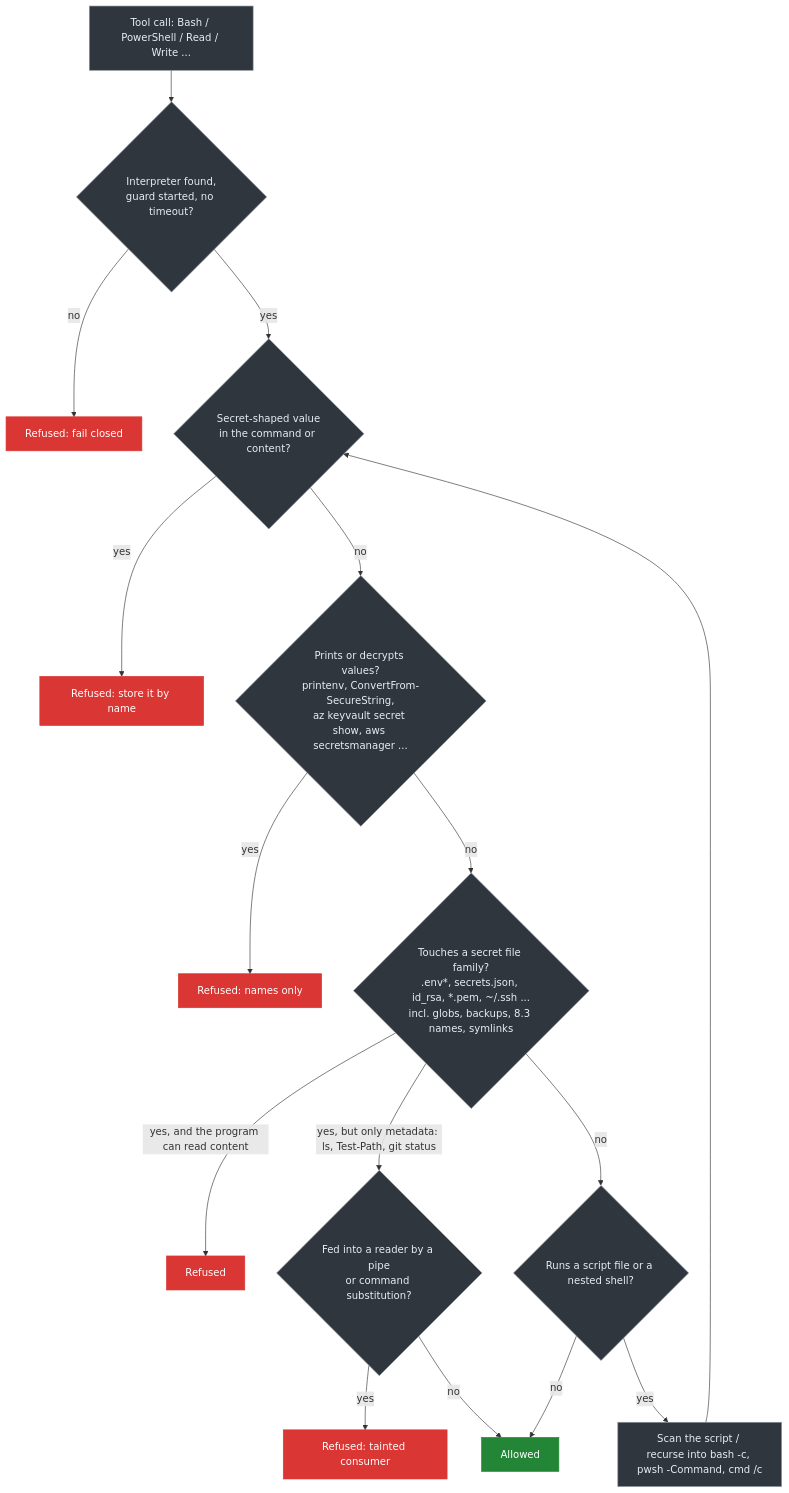
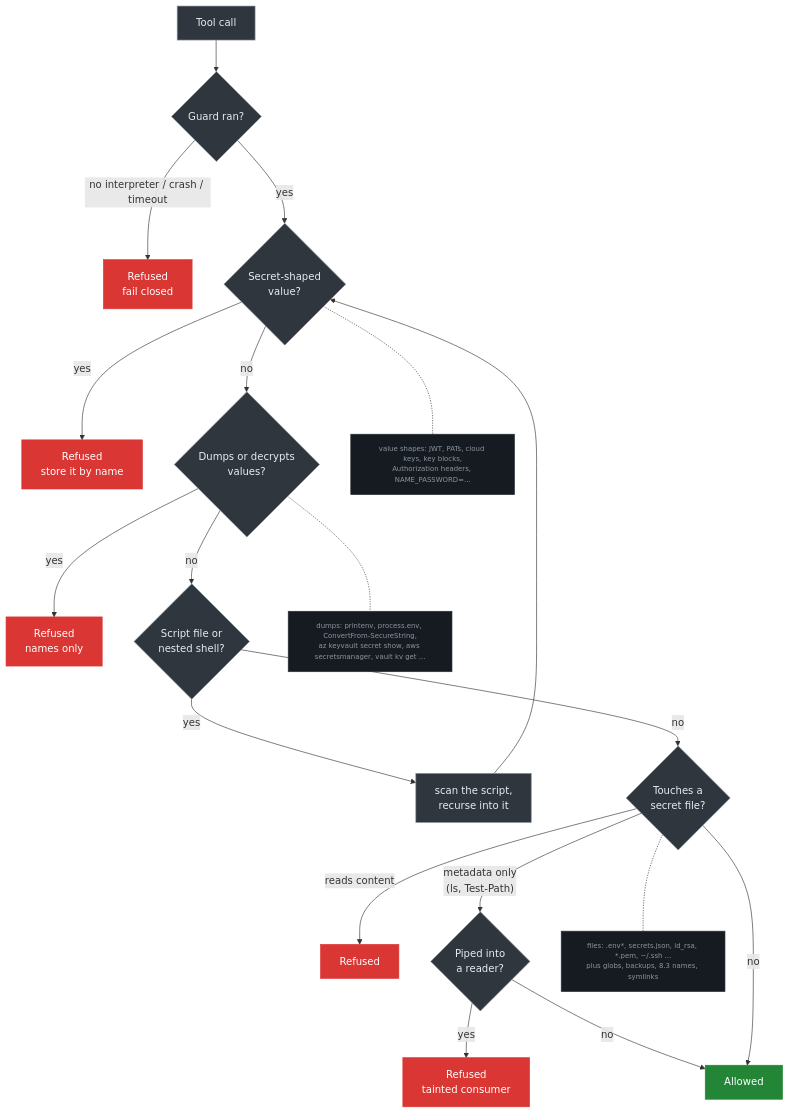
The third of 5 diagrams in README.md (rankinbc/Secret-Courier-Claude), drawn with Mermaid before and after one commit.

Commit message:
docs: compact guard flowchart (short decisions, detail in side notes)

````diff
--- a/README.md
+++ b/README.md
@@ -125,21 +125,29 @@
 ```mermaid
 flowchart TD
     classDef block fill:#da3633,stroke:#da3633,color:#fff
     classDef allow fill:#238636,stroke:#238636,color:#fff
     classDef step fill:#30363d,stroke:#8b949e,color:#e6edf3
 
-    A["Tool call: Bash / PowerShell / Read / Write ..."]:::step --> B{"Interpreter found,<br/>guard started, no timeout?"}:::step
-    B -- no --> X1["Refused: fail closed"]:::block
-    B -- yes --> C{"Secret-shaped value<br/>in the command or content?"}:::step
-    C -- yes --> X2["Refused: store it by name"]:::block
-    C -- no --> D{"Prints or decrypts values?<br/>printenv, ConvertFrom-SecureString,<br/>az keyvault secret show, aws secretsmanager ..."}:::step
-    D -- yes --> X3["Refused: names only"]:::block
-    D -- no --> E{"Touches a secret file family?<br/>.env*, secrets.json, id_rsa, *.pem, ~/.ssh ...<br/>incl. globs, backups, 8.3 names, symlinks"}:::step
-    E -- "yes, and the program can read content" --> X4["Refused"]:::block
-    E -- "yes, but only metadata: ls, Test-Path, git status" --> F{"Fed into a reader by a pipe<br/>or command substitution?"}:::step
-    F -- yes --> X5["Refused: tainted consumer"]:::block
+    A["Tool call"]:::step --> B{"Guard ran?"}:::step
+    B -- "no interpreter / crash / timeout" --> X1["Refused<br/>fail closed"]:::block
+    B -- yes --> C{"Secret-shaped<br/>value?"}:::step
+    C -- yes --> X2["Refused<br/>store it by name"]:::block
+    C -- no --> D{"Dumps or decrypts<br/>values?"}:::step
+    D -- yes --> X3["Refused<br/>names only"]:::block
+    D -- no --> G{"Script file or<br/>nested shell?"}:::step
+    G -- yes --> H["scan the script,<br/>recurse into it"]:::step --> C
+    G -- no --> E{"Touches a<br/>secret file?"}:::step
+    E -- "reads content" --> X4["Refused"]:::block
+    E -- "metadata only<br/>(ls, Test-Path)" --> F{"Piped into<br/>a reader?"}:::step
+    F -- yes --> X5["Refused<br/>tainted consumer"]:::block
     F -- no --> OK["Allowed"]:::allow
-    E -- no --> G{"Runs a script file or a nested shell?"}:::step
-    G -- yes --> H["Scan the script / recurse into bash -c, pwsh -Command, cmd /c"]:::step --> C
-    G -- no --> OK
+    E -- no --> OK
+
+    N1["value shapes: JWT, PATs, cloud keys, key blocks,<br/>Authorization headers, NAME_PASSWORD=..."]:::note
+    N2["dumps: printenv, process.env, ConvertFrom-SecureString,<br/>az keyvault secret show, aws secretsmanager, vault kv get ..."]:::note
+    N3["files: .env*, secrets.json, id_rsa, *.pem, ~/.ssh ...<br/>plus globs, backups, 8.3 names, symlinks"]:::note
+    classDef note fill:#161b22,stroke:#30363d,color:#8b949e,font-size:11px
+    C -.- N1
+    D -.- N2
+    E -.- N3
 ```
````
